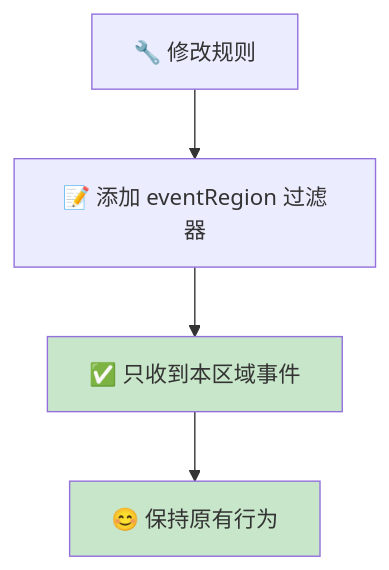
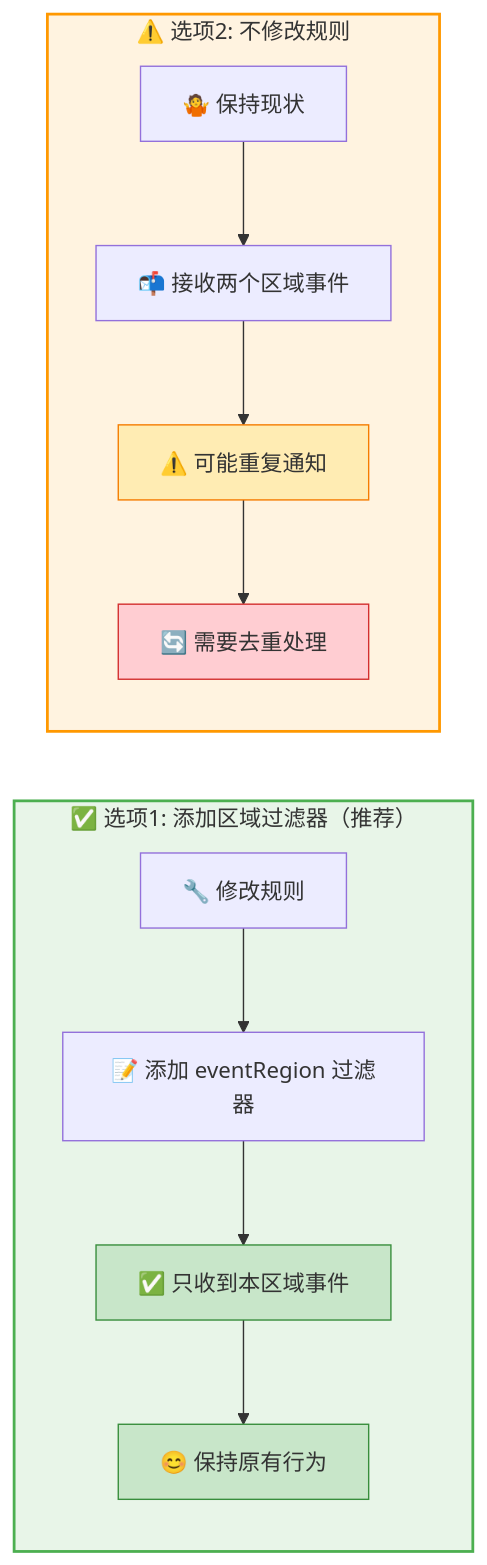
Before and after one commit to mengchen-tam/event-bridge-health-change-for-backup-region: the third of 3 diagrams in README.md, drawn with Mermaid. The commit also changed other lines of this file, not shown here.

Commit message:
Replace table layout with single Mermaid diagrams for better web display

````diff
--- a/README.md
+++ b/README.md
@@ -98,9 +80,21 @@
 ```mermaid
-graph TD
-    A1[🔧 修改规则] --> B1[📝 添加 eventRegion 过滤器]
-    B1 --> C1[✅ 只收到本区域事件]
-    C1 --> D1[😊 保持原有行为]
+graph LR
+    subgraph Option1["✅ 选项1: 添加区域过滤器（推荐）"]
+        A1[🔧 修改规则] --> B1[📝 添加 eventRegion 过滤器]
+        B1 --> C1[✅ 只收到本区域事件]
+        C1 --> D1[😊 保持原有行为]
+    end
     
-    style C1 fill:#c8e6c9
-    style D1 fill:#c8e6c9
+    subgraph Option2["⚠️ 选项2: 不修改规则"]
+        A2[🤷 保持现状] --> B2[📬 接收两个区域事件]
+        B2 --> C2[⚠️ 可能重复通知]
+        C2 --> D2[🔄 需要去重处理]
+    end
+    
+    style Option1 fill:#e8f5e8,stroke:#4caf50,stroke-width:2px
+    style Option2 fill:#fff3e0,stroke:#ff9800,stroke-width:2px
+    style C1 fill:#c8e6c9,stroke:#388e3c
+    style D1 fill:#c8e6c9,stroke:#388e3c
+    style C2 fill:#ffecb3,stroke:#f57c00
+    style D2 fill:#ffcdd2,stroke:#d32f2f
 ```
````
